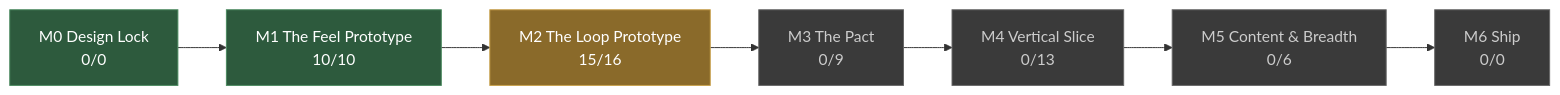
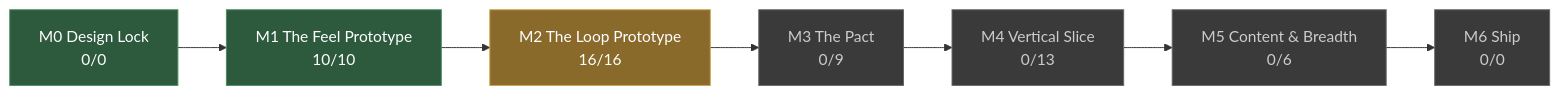
Before and after one commit to JoshuaGessner/she: the diagram in docs/STATUS.md, drawn with Mermaid. The commit also changed other lines of this file and 4 other files, not shown here.

````diff
--- a/docs/STATUS.md
+++ b/docs/STATUS.md
@@ -13,19 +13,19 @@
 ```mermaid
 flowchart LR
   M0["M0 Design Lock<br/>0/0"]:::passed
   M1["M1 The Feel Prototype<br/>10/10"]:::passed
   M0 --> M1
-  M2["M2 The Loop Prototype<br/>15/16"]:::current
+  M2["M2 The Loop Prototype<br/>16/16"]:::current
   M1 --> M2
   M3["M3 The Pact<br/>0/9"]:::ahead
   M2 --> M3
   M4["M4 Vertical Slice<br/>0/13"]:::ahead
   M3 --> M4
   M5["M5 Content & Breadth<br/>0/6"]:::ahead
   M4 --> M5
   M6["M6 Ship<br/>0/0"]:::ahead
   M5 --> M6
   classDef passed fill:#2d5a3d,stroke:#4a8a5f,color:#fff
   classDef current fill:#8a6a2a,stroke:#c8a04a,color:#fff
   classDef ahead fill:#3a3a3a,stroke:#666,color:#ccc
 ```
````
